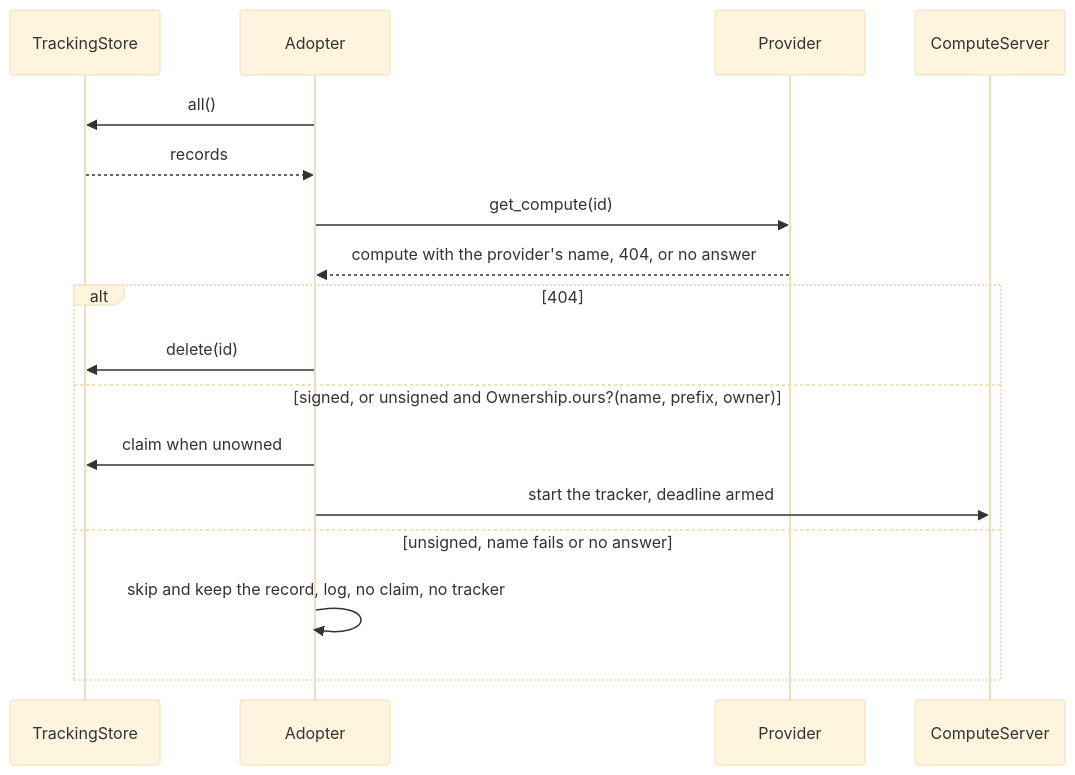
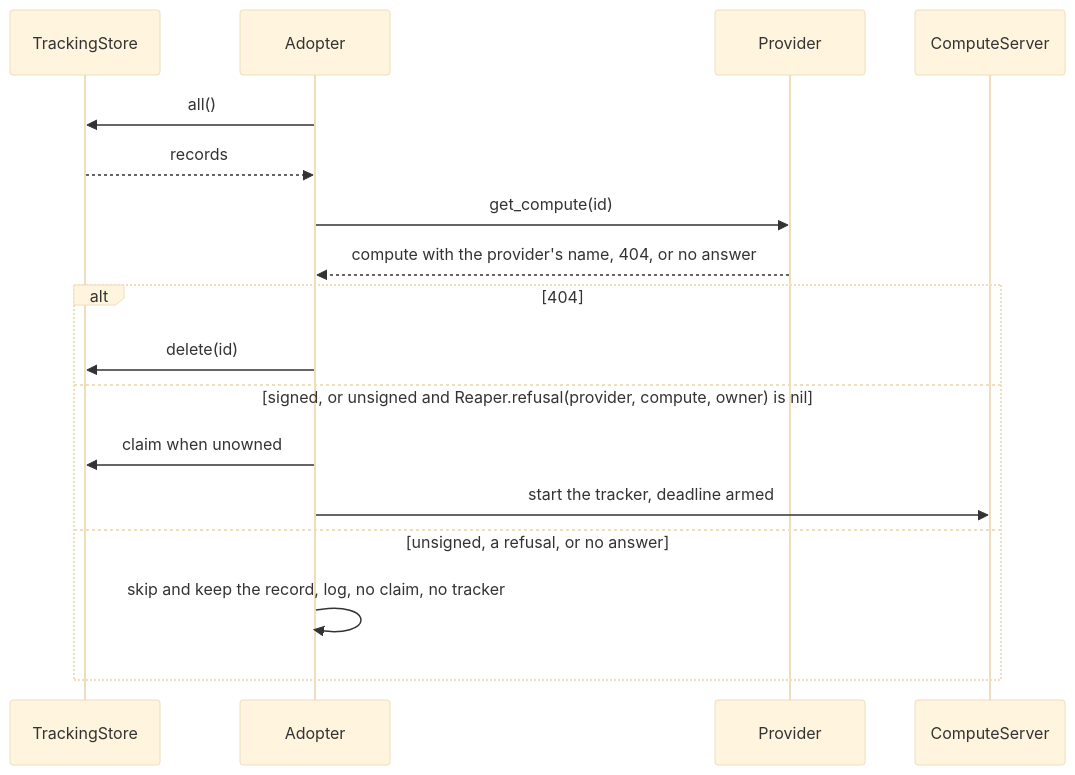
The fifth of 14 diagrams in docs/architecture.md (udin-io/ex_atlas), drawn with Mermaid (base theme) before and after one commit. The commit also changed other lines of this file and 6 other files, not shown here.

Commit message:
docs: the unsigned-record rule names every clause of Reaper.refusal/3, and the Adopter's signed-only paragraphs say so, refs #138

````diff
--- a/docs/architecture.md
+++ b/docs/architecture.md
@@ -216,19 +217,19 @@
 ```mermaid
 sequenceDiagram
   participant Store as TrackingStore
   participant Ad as Adopter
   participant P as Provider
   participant CS as ComputeServer
   Ad->>Store: all()
   Store-->>Ad: records
   Ad->>P: get_compute(id)
   P-->>Ad: compute with the provider's name, 404, or no answer
   alt 404
     Ad->>Store: delete(id)
-  else signed, or unsigned and Ownership.ours?(name, prefix, owner)
+  else signed, or unsigned and Reaper.refusal(provider, compute, owner) is nil
     Ad->>Store: claim when unowned
     Ad->>CS: start the tracker, deadline armed
-  else unsigned, name fails or no answer
+  else unsigned, a refusal, or no answer
     Ad->>Ad: skip and keep the record, log, no claim, no tracker
   end
 ```
````
